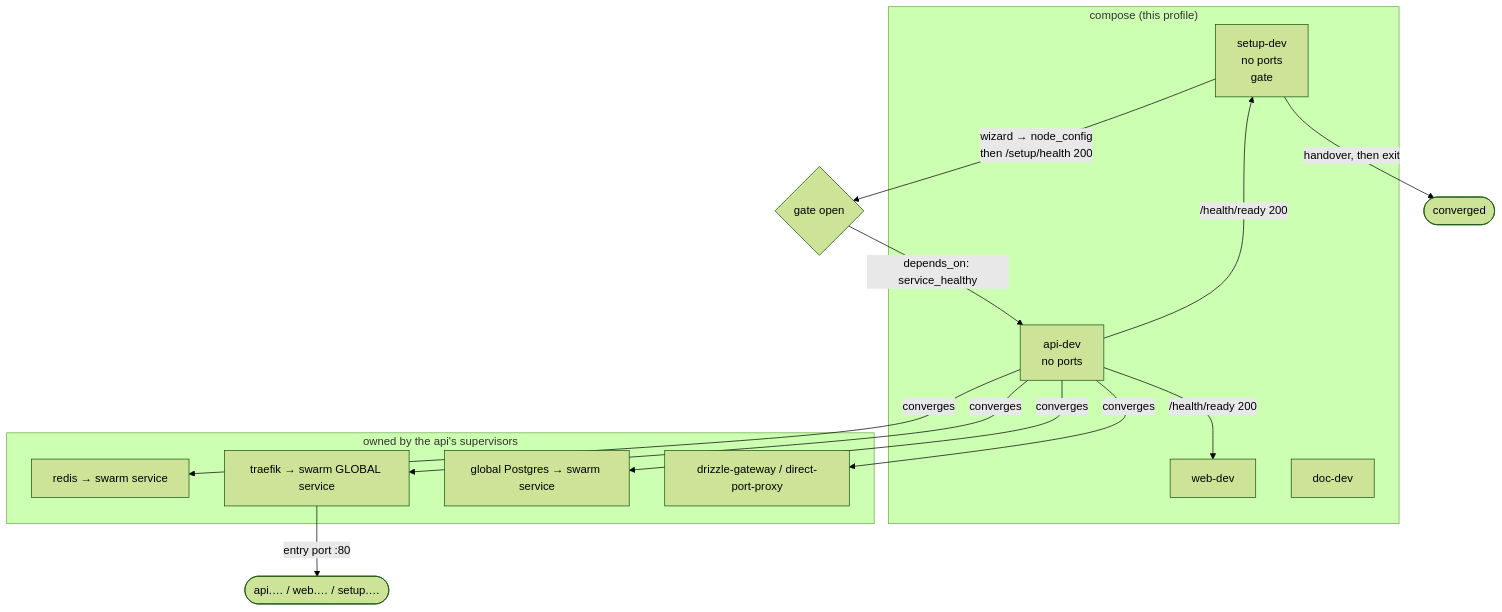
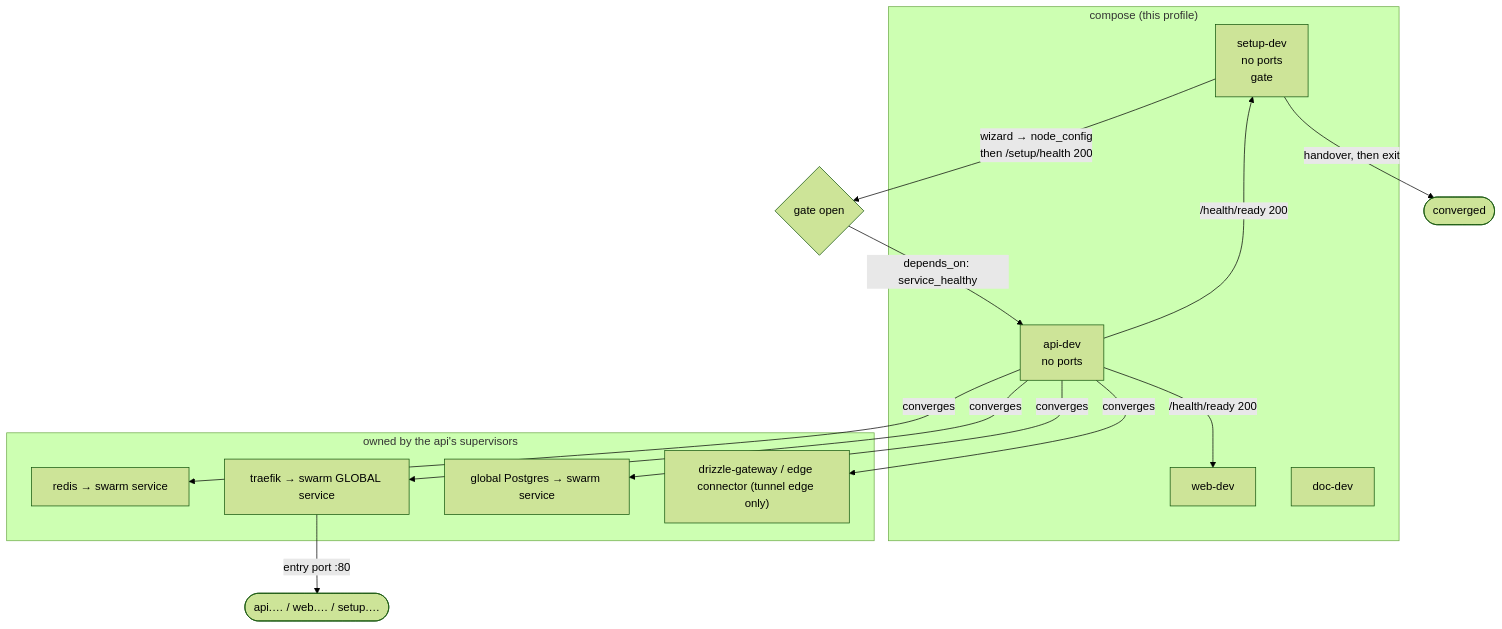
Before and after one commit to N0SAFE/deployer: the third of 4 diagrams in apps/doc/content/docs/deployment/startup-order.mdx, drawn with Mermaid (forest theme). The commit also changed 836 other files, not shown here.

````diff
--- a/apps/doc/content/docs/deployment/startup-order.mdx
+++ b/apps/doc/content/docs/deployment/startup-order.mdx
@@ -152,28 +152,28 @@
 ```mermaid
 flowchart TD
     subgraph COMPOSE["compose (this profile)"]
         S["setup-dev<br/>no ports<br/>gate"]
         A["api-dev<br/>no ports"]
         W["web-dev"]
         D["doc-dev"]
     end
 
     subgraph APISUP["owned by the api's supervisors"]
         R["redis → swarm service"]
         T["traefik → swarm GLOBAL service"]
         G["global Postgres → swarm service"]
-        P["drizzle-gateway / direct-port-proxy"]
+        P["drizzle-gateway / edge connector (tunnel edge only)"]
     end
 
     S -->|"wizard → node_config<br/>then /setup/health 200"| GATE{"gate open"}
     GATE -->|"depends_on: service_healthy"| A
     A -->|"converges"| R
     A -->|"converges"| T
     A -->|"converges"| G
     A -->|"converges"| P
     T -->|"entry port :80"| ING(["api.… / web.… / setup.…"])
     A -->|"/health/ready 200"| S
     S -->|"handover, then exit"| FIN(["converged"])
     A -->|"/health/ready 200"| W
     D
 ```
````
